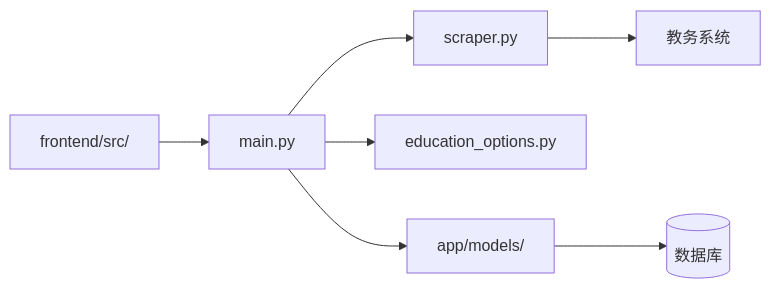
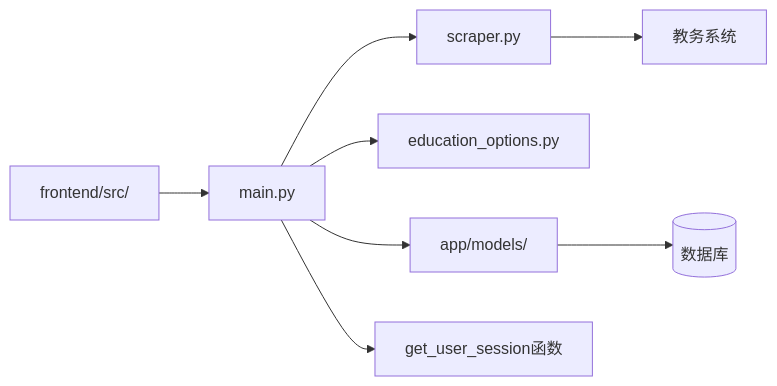
Before and after one commit to ghbbn053-ship-itsoulddog/soulddog: the tenth of 12 diagrams in .qoder/repowiki/zh/content/后端API文档/个人信息查询API.md, drawn with Mermaid. The commit also changed other lines of this file and 4 other files, not shown here.

````diff
--- a/.qoder/repowiki/zh/content/后端API文档/个人信息查询API.md
+++ b/.qoder/repowiki/zh/content/后端API文档/个人信息查询API.md
@@ -372,9 +441,10 @@
 ```mermaid
 graph LR
 Main[main.py] --> Scraper[scraper.py]
 Main --> Options[education_options.py]
 Main --> Models[app/models/]
+Main --> SessionMgr[get_user_session函数]
 Frontend[frontend/src/] --> Main
 Scraper --> EduSys[教务系统]
 Models --> Database[(数据库)]
 ```
````
